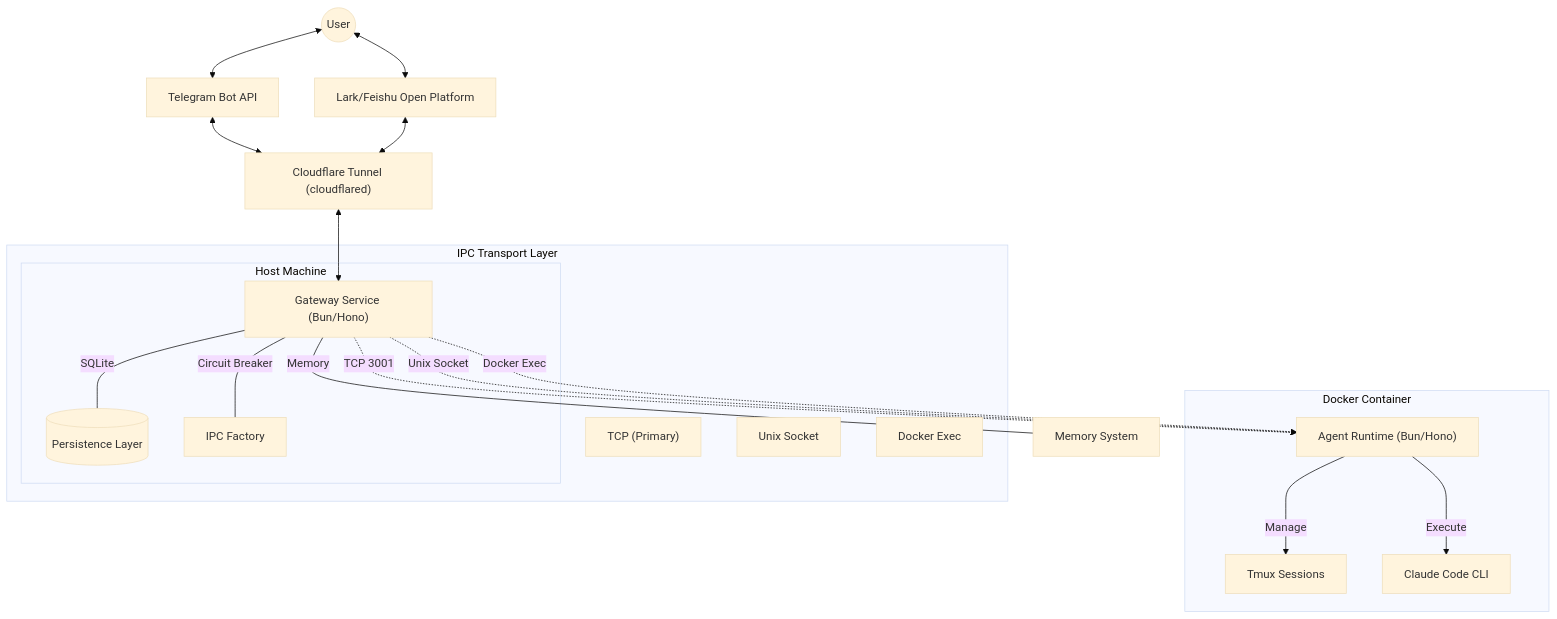
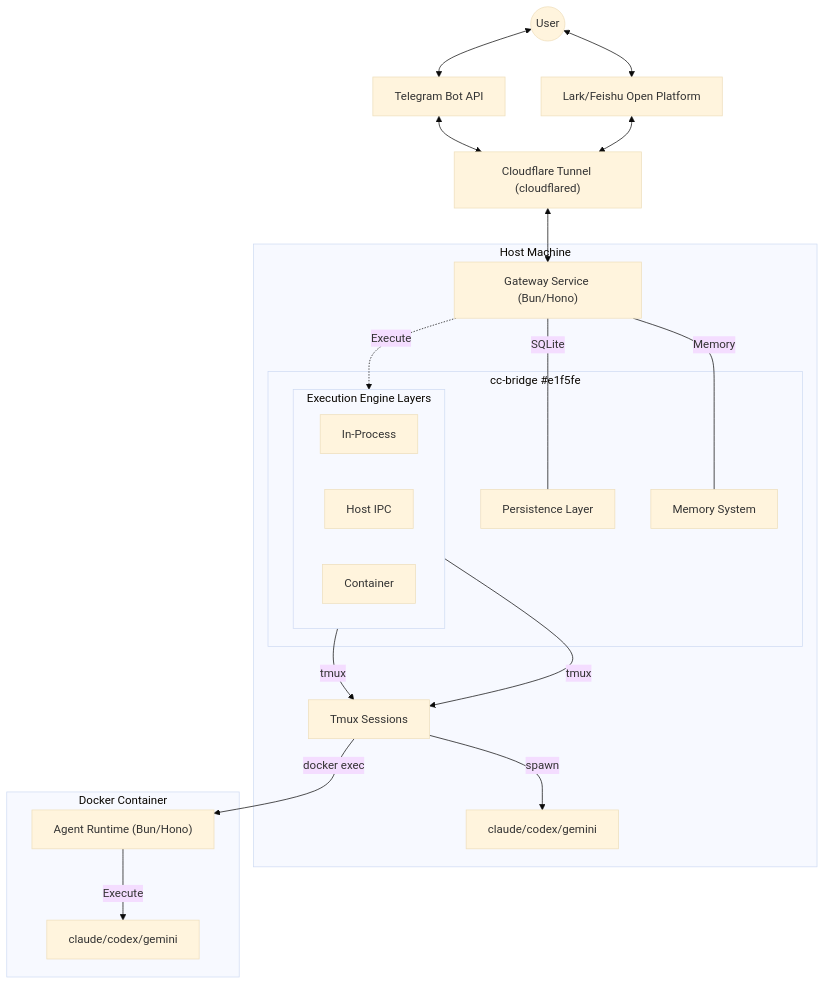
One commit to robinmin/cc-bridge changed the first of 5 diagrams in docs/ARCHITECTURE_SPEC.md. Above: the diagram before and after it, drawn with Mermaid (base theme). The commit also changed other lines of this file and 2 other files, not shown here.

Commit message:
feat(execution engine): add execution engine support

````diff
--- a/docs/ARCHITECTURE_SPEC.md
+++ b/docs/ARCHITECTURE_SPEC.md
@@ -29,37 +29,46 @@
 ```mermaid
 graph TD
     User((User)) <--> Telegram["Telegram Bot API"]
     User <--> Lark["Lark/Feishu Open Platform"]
     Telegram <--> CF["Cloudflare Tunnel (cloudflared)"]
     Lark <--> CF
-    CF <--> Gateway["Gateway Service (Bun/Hono)"]
-
-    Gateway ---|SQLite| DB[("Persistence Layer")]
-    Gateway ---|Memory| Mem["Memory System"]
-    Gateway ---|Circuit Breaker| IPC["IPC Factory"]
 
     subgraph Host["Host Machine"]
-        Gateway
-        DB
-        IPC
+        Gateway["Gateway Service (Bun/Hono)"]
+
+        subgraph ccbridge["cc-bridge" #e1f5fe]
+            DB["Persistence Layer"]
+            Mem["Memory System"]
+            subgraph EngineLayers["Execution Engine Layers"]
+                direction LR
+                InProcess["In-Process"]
+                HostIPC["Host IPC"]
+                ContainerExec["Container"]
+            end
+        end
+
+        HostCLI["claude/codex/gemini"]
+        HostTmux["Tmux Sessions"]
     end
 
     subgraph Container["Docker Container"]
         Agent["Agent Runtime (Bun/Hono)"]
-        Tmux["Tmux Sessions"]
-        Claude["Claude Code CLI"]
+        ContainerClaude["claude/codex/gemini"]
     end
 
-    subgraph IPC_Methods["IPC Transport Layer"]
-        TCP["TCP (Primary)"]
-        Unix["Unix Socket"]
-        Exec["Docker Exec"]
-        Host["Host Mode"]
-    end
+    CF <--> Gateway
+    Gateway ---|SQLite| DB
+    Gateway ---|Memory| Mem
 
-    Gateway -.->|TCP 3001| Agent
-    Gateway -.->|Unix Socket| Agent
-    Gateway -.->|Docker Exec| Agent
-    Agent -->|Execute| Claude
-    Agent -->|Manage| Tmux
+    Gateway -.->|Execute| EngineLayers
+
+    %% Host IPC: CLI spawn via tmux on host
+    HostIPC -->|tmux| HostTmux
+    HostTmux -->|spawn| HostCLI
+
+    %% Container Async: tmux on host → docker exec
+    ContainerExec -->|tmux| HostTmux
+    HostTmux -->|docker exec| Agent
+
+    Agent -->|Execute| ContainerClaude
 ```
````
